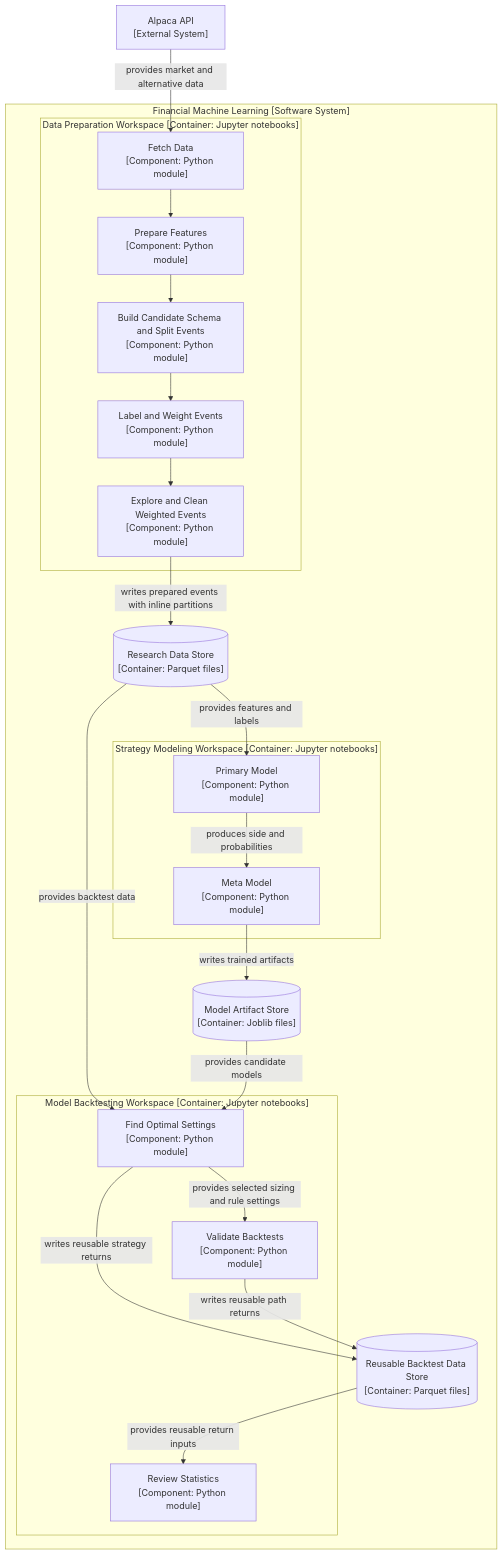
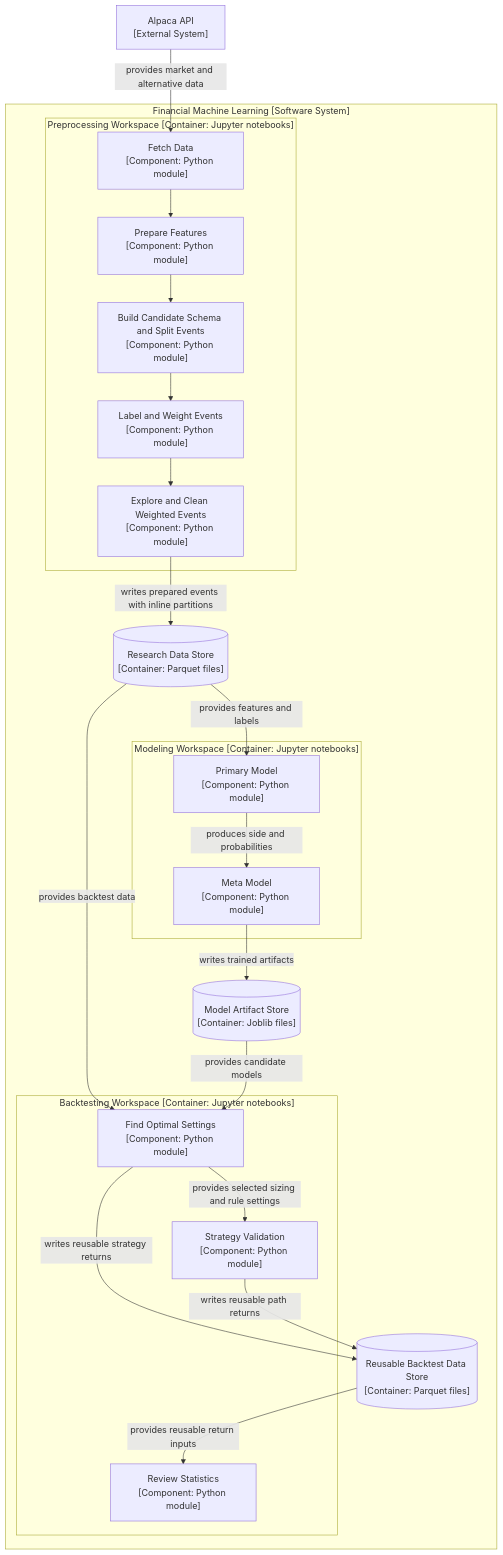
Before and after one commit to kwonjunhyuk9/financial-machine-learning: the third of 3 diagrams in docs/architecture.md, drawn with Mermaid. The commit also changed other lines of this file and 147 other files, not shown here.

````diff
--- a/docs/architecture.md
+++ b/docs/architecture.md
@@ -67,46 +67,46 @@
 ```mermaid
 flowchart TD
     alpaca["Alpaca API<br/>[External System]"]
 
     subgraph system["Financial Machine Learning [Software System]"]
         data_store[("Research Data Store<br/>[Container: Parquet files]")]
         model_store[("Model Artifact Store<br/>[Container: Joblib files]")]
         result_store[("Reusable Backtest Data Store<br/>[Container: Parquet files]")]
 
-        subgraph prep_workspace["Data Preparation Workspace [Container: Jupyter notebooks]"]
+        subgraph preprocessing_workspace["Preprocessing Workspace [Container: Jupyter notebooks]"]
             fetch_data["Fetch Data<br/>[Component: Python module]"]
             prepare_data["Prepare Features<br/>[Component: Python module]"]
             split_events["Build Candidate Schema and Split Events<br/>[Component: Python module]"]
             label_events["Label and Weight Events<br/>[Component: Python module]"]
             clean_events["Explore and Clean Weighted Events<br/>[Component: Python module]"]
         end
 
-        subgraph strategy_workspace["Strategy Modeling Workspace [Container: Jupyter notebooks]"]
+        subgraph modeling_workspace["Modeling Workspace [Container: Jupyter notebooks]"]
             primary_model["Primary Model<br/>[Component: Python module]"]
             meta_model["Meta Model<br/>[Component: Python module]"]
         end
 
-        subgraph backtest_workspace["Model Backtesting Workspace [Container: Jupyter notebooks]"]
+        subgraph backtesting_workspace["Backtesting Workspace [Container: Jupyter notebooks]"]
             find_settings["Find Optimal Settings<br/>[Component: Python module]"]
-            validate_backtests["Validate Backtests<br/>[Component: Python module]"]
+            strategy_validation["Strategy Validation<br/>[Component: Python module]"]
             review_statistics["Review Statistics<br/>[Component: Python module]"]
         end
 
     end
 
     alpaca -->|" provides market and alternative data "| fetch_data
     fetch_data --> prepare_data
     prepare_data --> split_events
     split_events --> label_events
     label_events --> clean_events
     clean_events -->|" writes prepared events with inline partitions "| data_store
     data_store -->|" provides features and labels "| primary_model
     primary_model -->|" produces side and probabilities "| meta_model
     meta_model -->|" writes trained artifacts "| model_store
     data_store -->|" provides backtest data "| find_settings
     model_store -->|" provides candidate models "| find_settings
-    find_settings -->|" provides selected sizing and rule settings "| validate_backtests
+    find_settings -->|" provides selected sizing and rule settings "| strategy_validation
     find_settings -->|" writes reusable strategy returns "| result_store
-    validate_backtests -->|" writes reusable path returns "| result_store
+    strategy_validation -->|" writes reusable path returns "| result_store
     result_store -->|" provides reusable return inputs "| review_statistics
 ```
````
